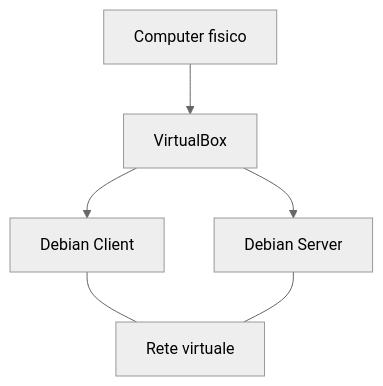
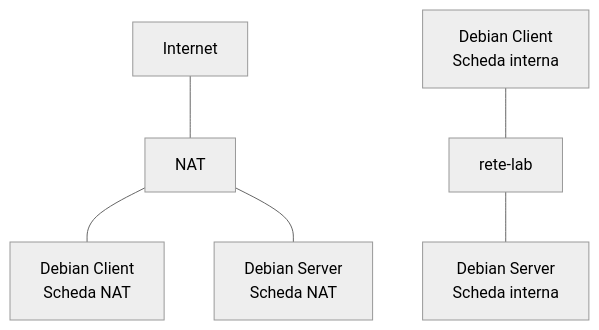
One commit to carmelocastiglione/sistemireti changed the second of 2 diagrams in 02_virtualizzazione_e_macchine_virtuali/12-09-lezione-9-creare-una-rete-tra-due-macchine-virtuali.md. Above: the diagram before and after it, drawn with Mermaid (neutral theme). The commit also changed other lines of this file and 1 other file, not shown here.

Commit message:
Update lesson on creating a network between two virtual machines with detailed configuration steps and network topology diagrams

````diff
--- a/02_virtualizzazione_e_macchine_virtuali/12-09-lezione-9-creare-una-rete-tra-due-macchine-virtuali.md
+++ b/02_virtualizzazione_e_macchine_virtuali/12-09-lezione-9-creare-una-rete-tra-due-macchine-virtuali.md
@@ -72,12 +155,8 @@
 ``` mermaid
 flowchart TB
-    H[Computer fisico]
-
-    H --> V[VirtualBox]
-
-    V --> C[Debian Client]
-    V --> S[Debian Server]
-
-    C --- N[Rete virtuale]
-    S --- N
+    I[Internet] --- N[NAT]
+    N --- C1[Debian Client<br>Scheda NAT]
+    N --- S1[Debian Server<br>Scheda NAT]
+    C2[Debian Client<br>Scheda interna] --- R[rete-lab]
+    R --- S2[Debian Server<br>Scheda interna]
 ```
````
